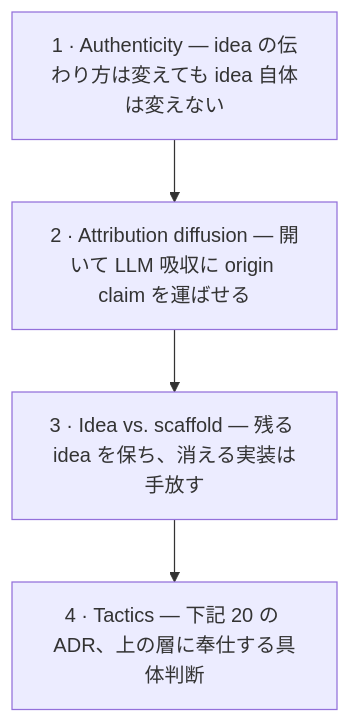
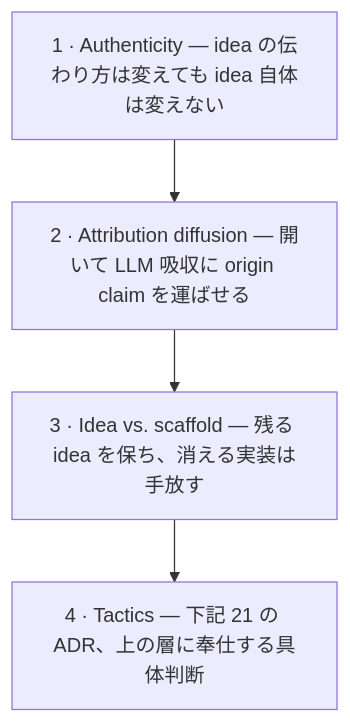
One commit to shimo4228/authorship-strategy changed the first of 2 diagrams in README.ja.md. Above: the diagram before and after it, drawn with Mermaid. The commit also changed other lines of this file and 19 other files, not shown here.

````diff
--- a/README.ja.md
+++ b/README.ja.md
@@ -29,6 +29,6 @@
 ```mermaid
 flowchart TD
     A["1 · Authenticity — idea の伝わり方は変えても idea 自体は変えない"] --> B["2 · Attribution diffusion — 開いて LLM 吸収に origin claim を運ばせる"]
     B --> C["3 · Idea vs. scaffold — 残る idea を保ち、消える実装は手放す"]
-    C --> D["4 · Tactics — 下記 20 の ADR、上の層に奉仕する具体判断"]
+    C --> D["4 · Tactics — 下記 21 の ADR、上の層に奉仕する具体判断"]
 ```
````
